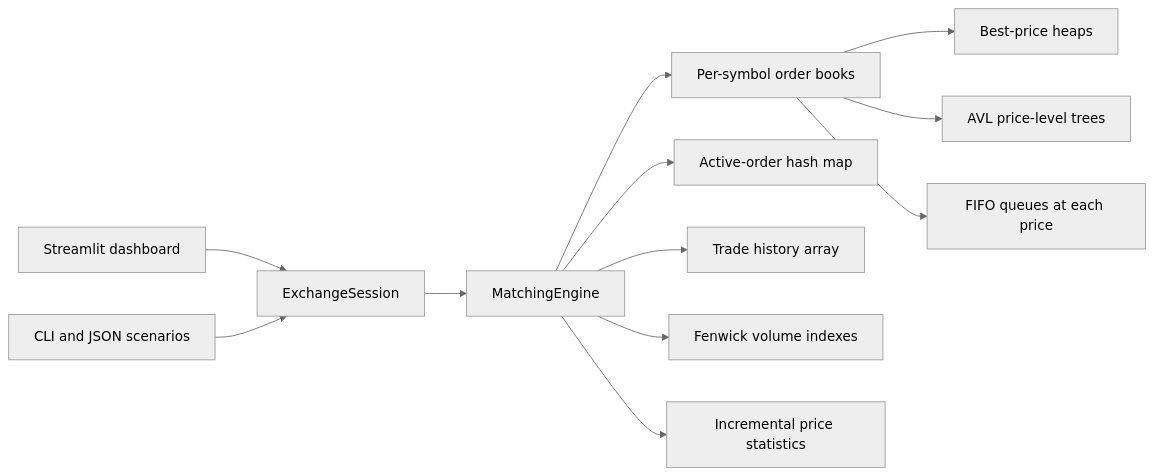
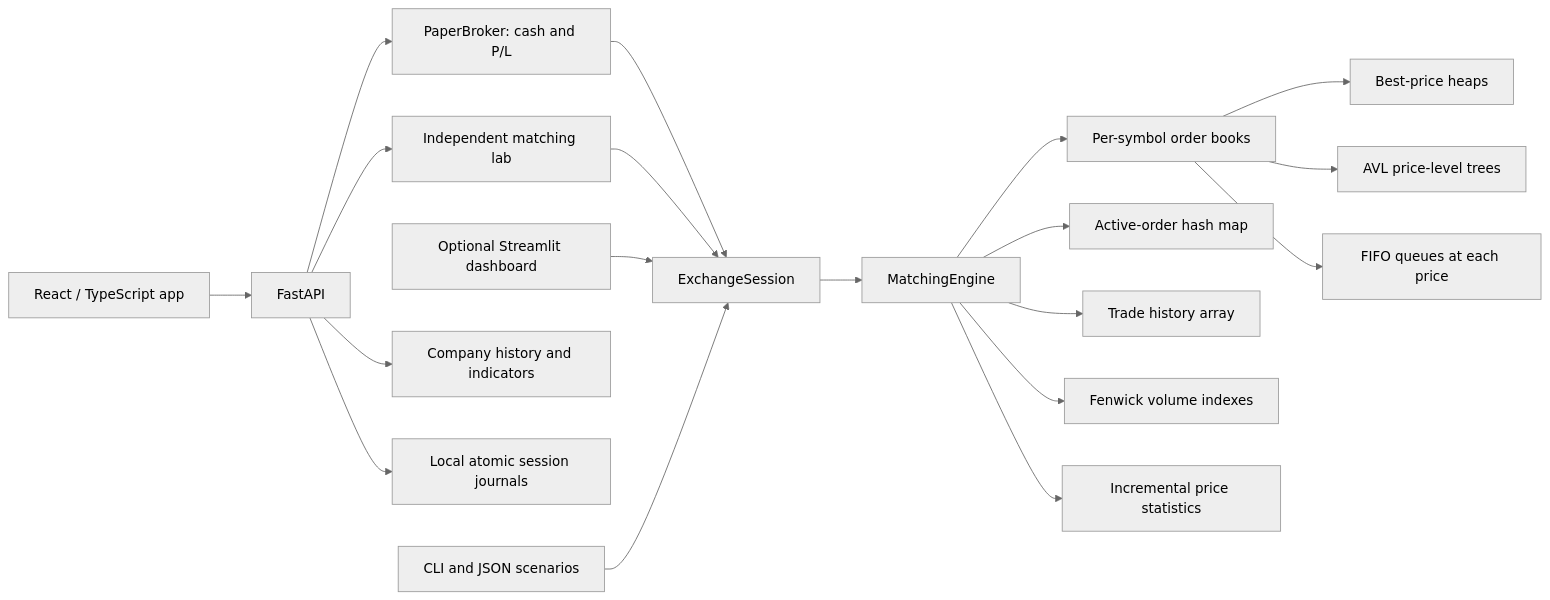
The diagram in docs/architecture.md (sgshiv001/TRADE-VELOCITY), drawn with Mermaid (neutral theme) before and after one commit. The commit also changed other lines of this file and 74 other files, not shown here.

````diff
--- a/docs/architecture.md
+++ b/docs/architecture.md
@@ -5,14 +5,21 @@
 ```mermaid
 flowchart LR
-    UI[Streamlit dashboard] --> Session[ExchangeSession]
+    UI[React / TypeScript app] --> API[FastAPI]
+    API --> Paper[PaperBroker: cash and P/L]
+    API --> Lab[Independent matching lab]
+    Paper --> Session[ExchangeSession]
+    Lab --> Session
+    Legacy[Optional Streamlit dashboard] --> Session
+    API --> History[Company history and indicators]
+    API --> Saved[Local atomic session journals]
     CLI[CLI and JSON scenarios] --> Session
     Session --> Engine[MatchingEngine]
     Engine --> Books[Per-symbol order books]
     Books --> Heaps[Best-price heaps]
     Books --> AVL[AVL price-level trees]
     Books --> Queues[FIFO queues at each price]
     Engine --> Lookup[Active-order hash map]
     Engine --> Trades[Trade history array]
     Engine --> Volume[Fenwick volume indexes]
     Engine --> Stats[Incremental price statistics]
 ```
````
